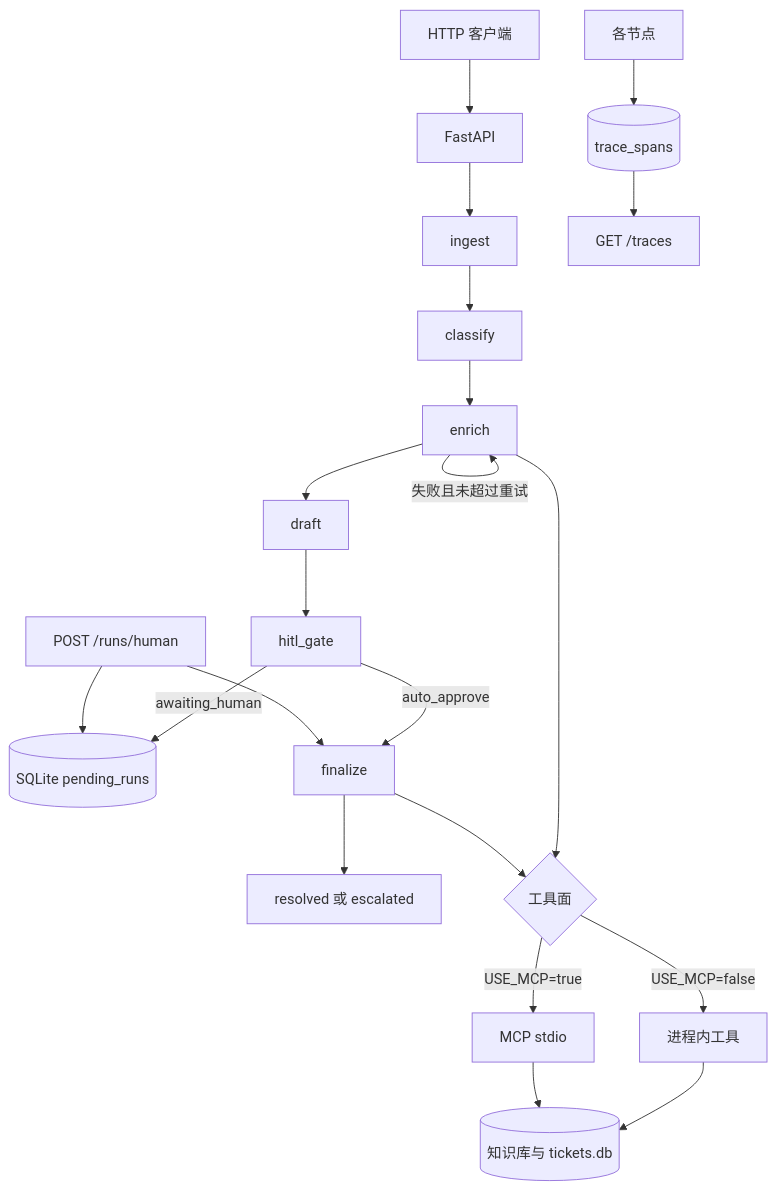
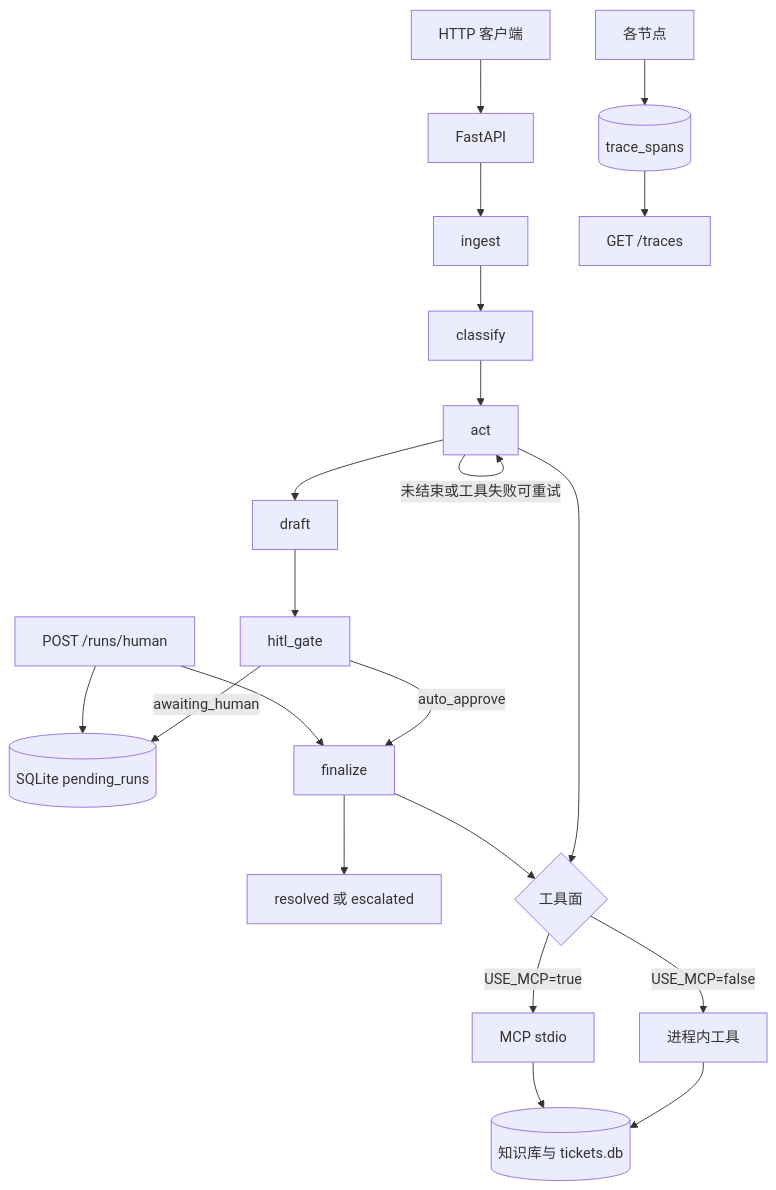
The diagram in README.md (lyu24944-cmyk/ticket-triage-agent), drawn with Mermaid before and after one commit. The commit also changed other lines of this file and 17 other files, not shown here.

````diff
--- a/README.md
+++ b/README.md
@@ -14,23 +15,23 @@
 ```mermaid
 flowchart TD
   client[HTTP 客户端] --> api[FastAPI]
   api --> ingest
   ingest --> classify
-  classify --> enrich
-  enrich -->|失败且未超过重试| enrich
-  enrich --> draft
+  classify --> act
+  act -->|未结束或工具失败可重试| act
+  act --> draft
   draft --> hitl[hitl_gate]
   hitl -->|awaiting_human| pause[(SQLite pending_runs)]
   hitl -->|auto_approve| finalize
   human[POST /runs/human] --> pause
   human --> finalize
   finalize --> done[resolved 或 escalated]
-  enrich --> tools{工具面}
+  act --> tools{工具面}
   finalize --> tools
   tools -->|USE_MCP=false| local[进程内工具]
   tools -->|USE_MCP=true| mcp[MCP stdio]
   local --> store[(知识库与 tickets.db)]
   mcp --> store
   nodes[各节点] --> spans[(trace_spans)]
   spans --> traces[GET /traces]
 ```
````
